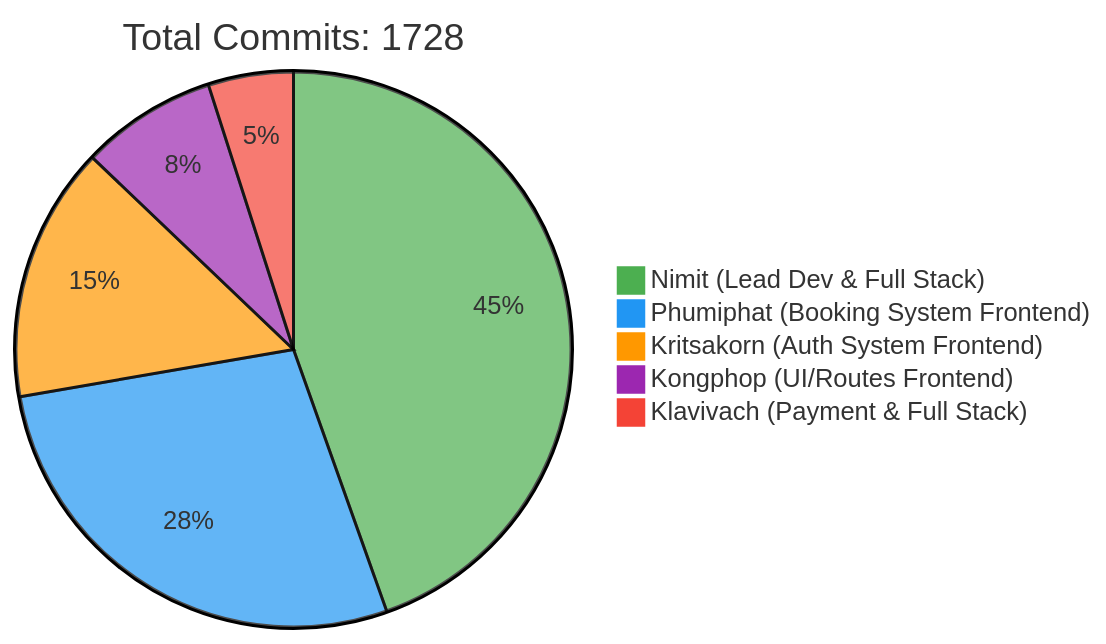
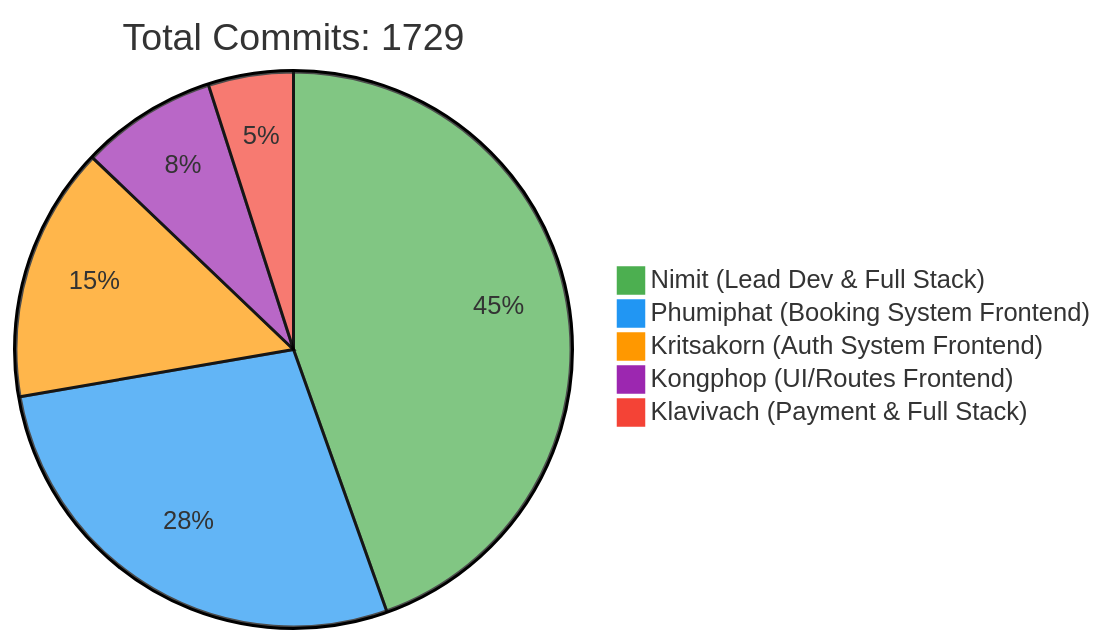
One commit to 6531503042/Sport-Complex changed the first of 2 diagrams in README.md. Above: the diagram before and after it, drawn with Mermaid. The commit also changed other lines of this file, not shown here.

Commit message:
docs: Update contributor statistics [skip ci]

````diff
--- a/README.md
+++ b/README.md
@@ -257,10 +257,10 @@
 ```mermaid
 %%{init: {'theme': 'base', 'themeVariables': { 'pie1': '#4CAF50', 'pie2': '#2196F3', 'pie3': '#FF9800', 'pie4': '#9C27B0', 'pie5': '#F44336'}}}%%
 pie
-    title Total Commits: 1728
+    title Total Commits: 1729
     "Nimit (Lead Dev & Full Stack)" : 450
     "Phumiphat (Booking System Frontend)" : 280
     "Kritsakorn (Auth System Frontend)" : 150
     "Kongphop (UI/Routes Frontend)" : 80
     "Klavivach (Payment & Full Stack)" : 50
 ```
````
